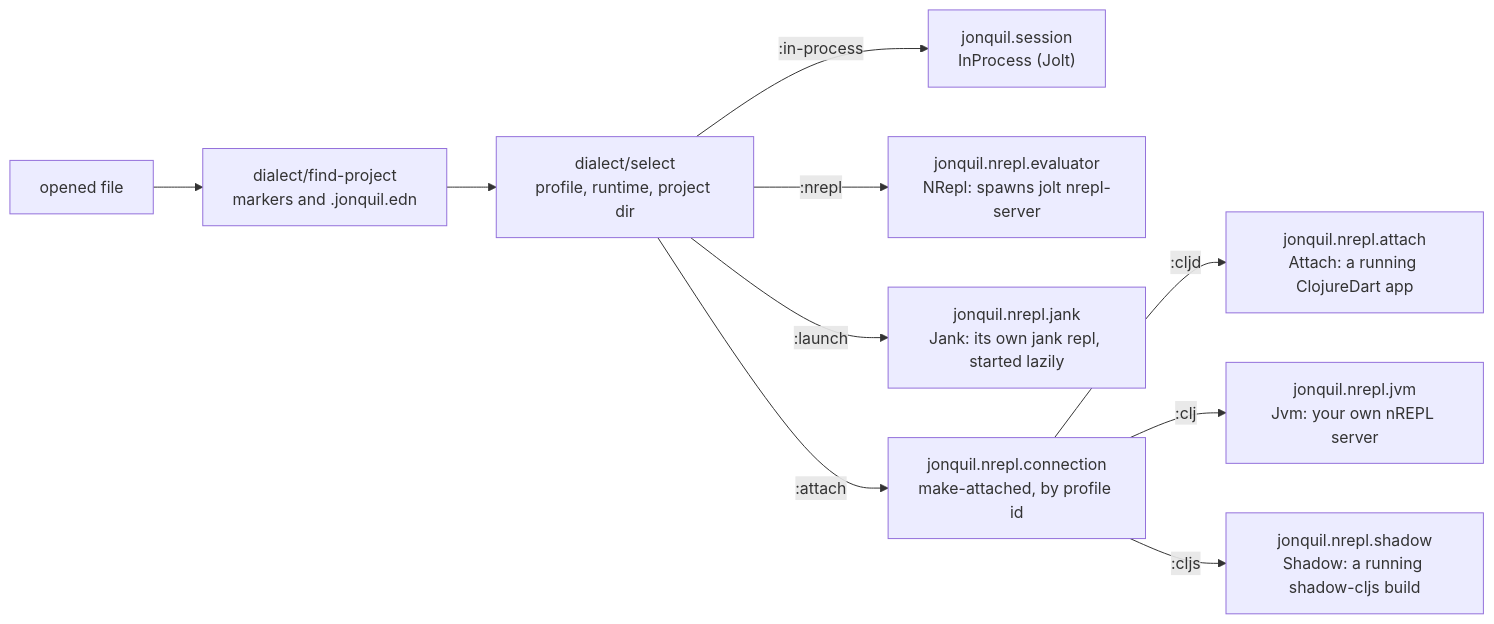
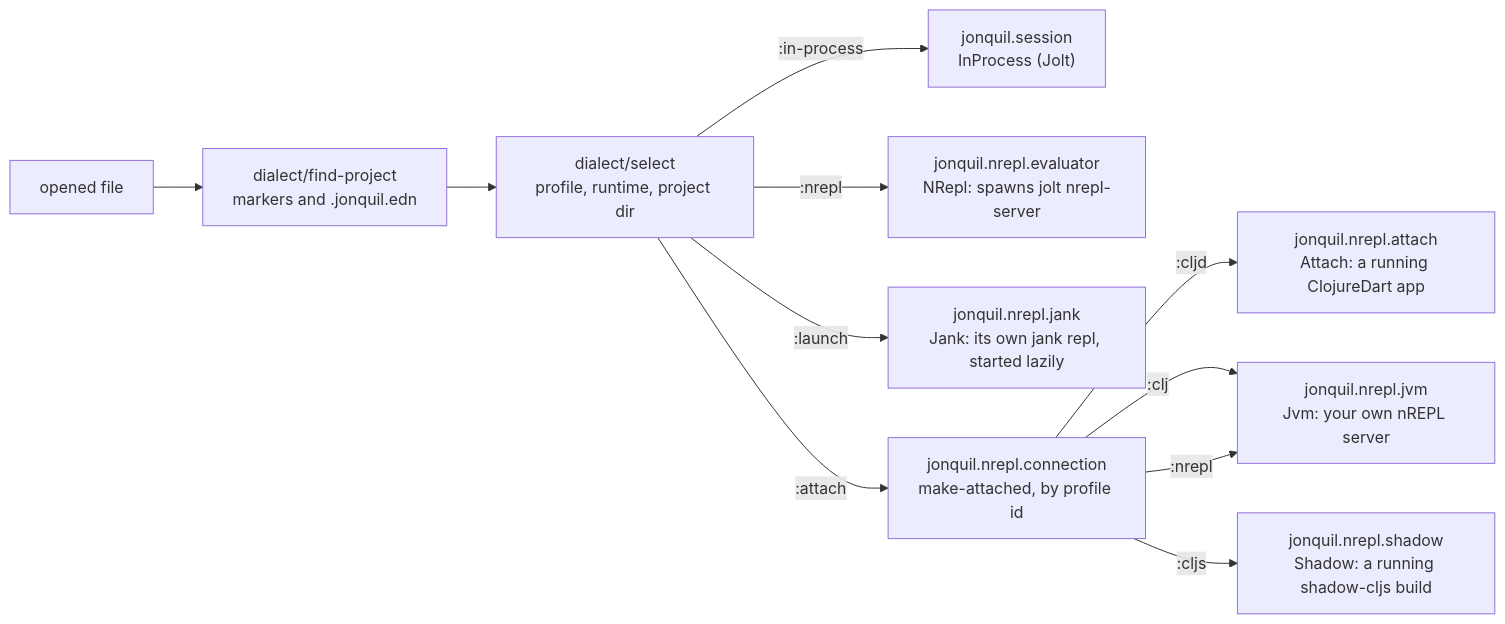
One commit to b12n-oss/jonquil changed the third of 5 diagrams in docs/guide/architecture.md. Above: the diagram before and after it, drawn with Mermaid. The commit also changed other lines of this file and 6 other files, not shown here.

````diff
--- a/docs/guide/architecture.md
+++ b/docs/guide/architecture.md
@@ -278,12 +279,13 @@
 ```mermaid
 flowchart LR
   file["opened file"] --> fp["dialect/find-project<br/>markers and .jonquil.edn"]
   fp --> sel["dialect/select<br/>profile, runtime, project dir"]
   sel -- ":in-process" --> inproc["jonquil.session<br/>InProcess (Jolt)"]
   sel -- ":nrepl" --> nrepl["jonquil.nrepl.evaluator<br/>NRepl: spawns jolt nrepl-server"]
   sel -- ":launch" --> jankev["jonquil.nrepl.jank<br/>Jank: its own jank repl, started lazily"]
   sel -- ":attach" --> ma["jonquil.nrepl.connection<br/>make-attached, by profile id"]
   ma -- ":cljd" --> attach["jonquil.nrepl.attach<br/>Attach: a running ClojureDart app"]
   ma -- ":clj" --> jvm["jonquil.nrepl.jvm<br/>Jvm: your own nREPL server"]
   ma -- ":cljs" --> shadow["jonquil.nrepl.shadow<br/>Shadow: a running shadow-cljs build"]
+  ma -- ":nrepl" --> jvm
 ```
````
